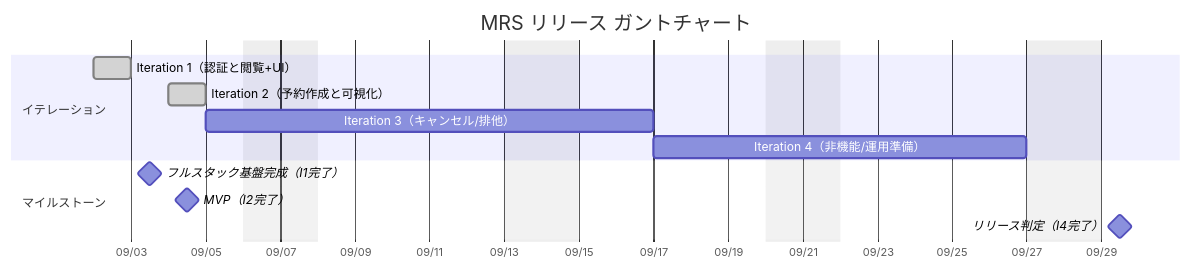
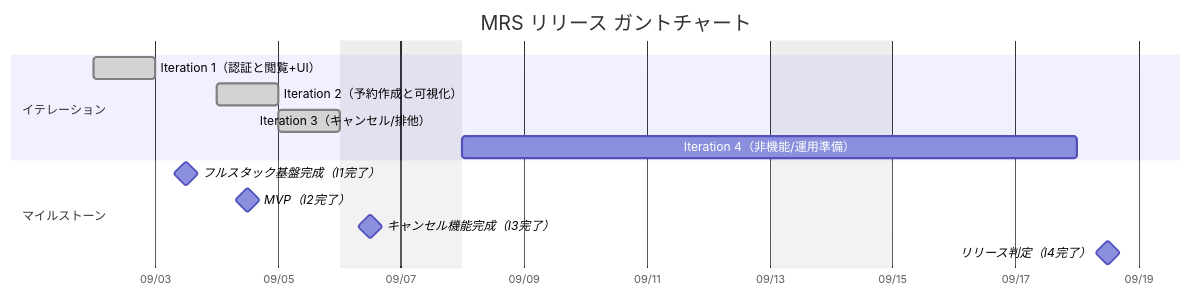
Before and after one commit to k2works/ai-programing-exercise: the first of 2 diagrams in docs/requirements/リリース計画.md, drawn with Mermaid. The commit also changed other lines of this file and 1 other file, not shown here.

First line of the commit message:
docs: update release plan and iteration 3 documentation with completion status

````diff
--- a/docs/requirements/リリース計画.md
+++ b/docs/requirements/リリース計画.md
@@ -9,18 +9,19 @@
 ```mermaid
 gantt
   title MRS リリース ガントチャート
   dateFormat  YYYY-MM-DD
   axisFormat  %m/%d
   excludes    weekends
 
   section イテレーション
   Iteration 1（認証と閲覧+UI）    :done, i1, 2025-09-02, 2025-09-03
   Iteration 2（予約作成と可視化） :done, i2, 2025-09-04, 1d
-  Iteration 3（キャンセル/排他）  :i3, 2025-09-05, 8d
+  Iteration 3（キャンセル/排他）  :done, i3, 2025-09-05, 1d
   Iteration 4（非機能/運用準備）  :i4, after i3, 8d
 
   section マイルストーン
   フルスタック基盤完成（I1完了）  :milestone, m0, 2025-09-03, 1d
   MVP（I2完了）                  :milestone, m1, 2025-09-04, 1d
+  キャンセル機能完成（I3完了）    :milestone, m1_5, 2025-09-05, 1d
   リリース判定（I4完了）          :milestone, m2, after i4, 1d
 ```
````
